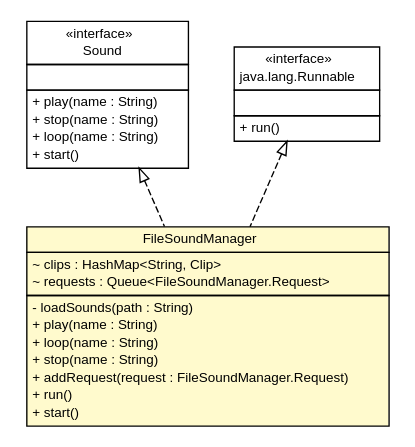
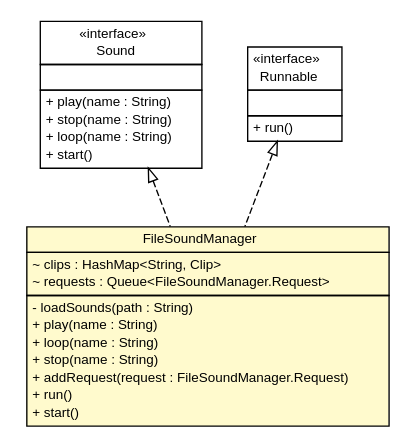
Before and after one commit to sinopeus/asteroids: the diagram in doc/main/FileSoundManager.dot, drawn with Graphviz. The commit also changed 412 other files, not shown here.

Commit message:
Some more UML shit.

```diff
--- a/doc/main/FileSoundManager.dot
+++ b/doc/main/FileSoundManager.dot
@@ -1,64 +1,64 @@
 #!/usr/local/bin/dot
 #
 # Class diagram 
 # Generated by UMLGraph version R5_6 (http://www.umlgraph.org/)
 #
 
 digraph G {
 	edge [fontname="Helvetica",fontsize=10,labelfontname="Helvetica",labelfontsize=10];
 	node [fontname="Helvetica",fontsize=10,shape=plaintext];
 	nodesep=0.25;
 	ranksep=0.5;
 	// main.Sound
 	c8789 [label=<<table title="main.Sound" border="0" cellborder="1" cellspacing="0" cellpadding="2" port="p" href="./Sound.html">
 		<tr><td><table border="0" cellspacing="0" cellpadding="1">
 <tr><td align="center" balign="center"> &#171;interface&#187; </td></tr>
 <tr><td align="center" balign="center"> Sound </td></tr>
 		</table></td></tr>
 		<tr><td><table border="0" cellspacing="0" cellpadding="1">
 <tr><td align="left" balign="left">  </td></tr>
 		</table></td></tr>
 		<tr><td><table border="0" cellspacing="0" cellpadding="1">
 <tr><td align="left" balign="left"> + play(name : String) </td></tr>
 <tr><td align="left" balign="left"> + stop(name : String) </td></tr>
 <tr><td align="left" balign="left"> + loop(name : String) </td></tr>
 <tr><td align="left" balign="left"> + start() </td></tr>
 		</table></td></tr>
 		</table>>, URL="./Sound.html", fontname="Helvetica", fontcolor="black", fontsize=10.0];
 	// main.FileSoundManager
 	c8798 [label=<<table title="main.FileSoundManager" border="0" cellborder="1" cellspacing="0" cellpadding="2" port="p" bgcolor="lemonChiffon" href="./FileSoundManager.html">
 		<tr><td><table border="0" cellspacing="0" cellpadding="1">
 <tr><td align="center" balign="center"> FileSoundManager </td></tr>
 		</table></td></tr>
 		<tr><td><table border="0" cellspacing="0" cellpadding="1">
 <tr><td align="left" balign="left"> ~ clips : HashMap&lt;String, Clip&gt; </td></tr>
 <tr><td align="left" balign="left"> ~ requests : Queue&lt;FileSoundManager.Request&gt; </td></tr>
 		</table></td></tr>
 		<tr><td><table border="0" cellspacing="0" cellpadding="1">
 <tr><td align="left" balign="left"> - loadSounds(path : String) </td></tr>
 <tr><td align="left" balign="left"> + play(name : String) </td></tr>
 <tr><td align="left" balign="left"> + loop(name : String) </td></tr>
 <tr><td align="left" balign="left"> + stop(name : String) </td></tr>
 <tr><td align="left" balign="left"> + addRequest(request : FileSoundManager.Request) </td></tr>
 <tr><td align="left" balign="left"> + run() </td></tr>
 <tr><td align="left" balign="left"> + start() </td></tr>
 		</table></td></tr>
 		</table>>, URL="./FileSoundManager.html", fontname="Helvetica", fontcolor="black", fontsize=10.0];
 	//main.FileSoundManager implements java.lang.Runnable
 	c8912:p -> c8798:p [dir=back,arrowtail=empty,style=dashed];
 	//main.FileSoundManager implements main.Sound
 	c8789:p -> c8798:p [dir=back,arrowtail=empty,style=dashed];
 	// java.lang.Runnable
 	c8912 [label=<<table title="java.lang.Runnable" border="0" cellborder="1" cellspacing="0" cellpadding="2" port="p" href="http://java.sun.com/j2se/1.4.2/docs/api/java/lang/Runnable.html">
 		<tr><td><table border="0" cellspacing="0" cellpadding="1">
 <tr><td align="center" balign="center"> &#171;interface&#187; </td></tr>
-<tr><td align="center" balign="center"> java.lang.Runnable </td></tr>
+<tr><td align="center" balign="center"> Runnable </td></tr>
 		</table></td></tr>
 		<tr><td><table border="0" cellspacing="0" cellpadding="1">
 <tr><td align="left" balign="left">  </td></tr>
 		</table></td></tr>
 		<tr><td><table border="0" cellspacing="0" cellpadding="1">
 <tr><td align="left" balign="left"> + run() </td></tr>
 		</table></td></tr>
 		</table>>, URL="http://java.sun.com/j2se/1.4.2/docs/api/java/lang/Runnable.html", fontname="Helvetica", fontcolor="black", fontsize=10.0];
 }
```
